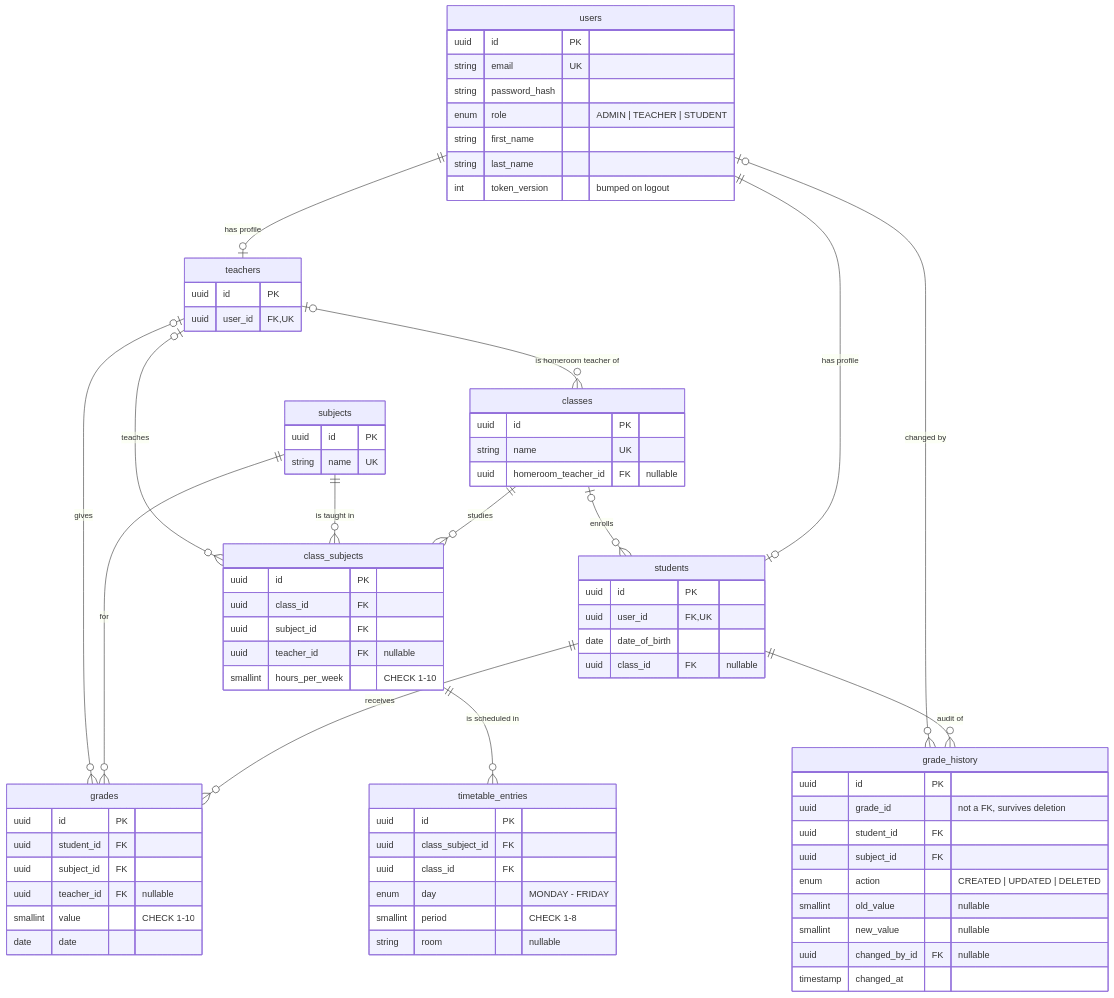
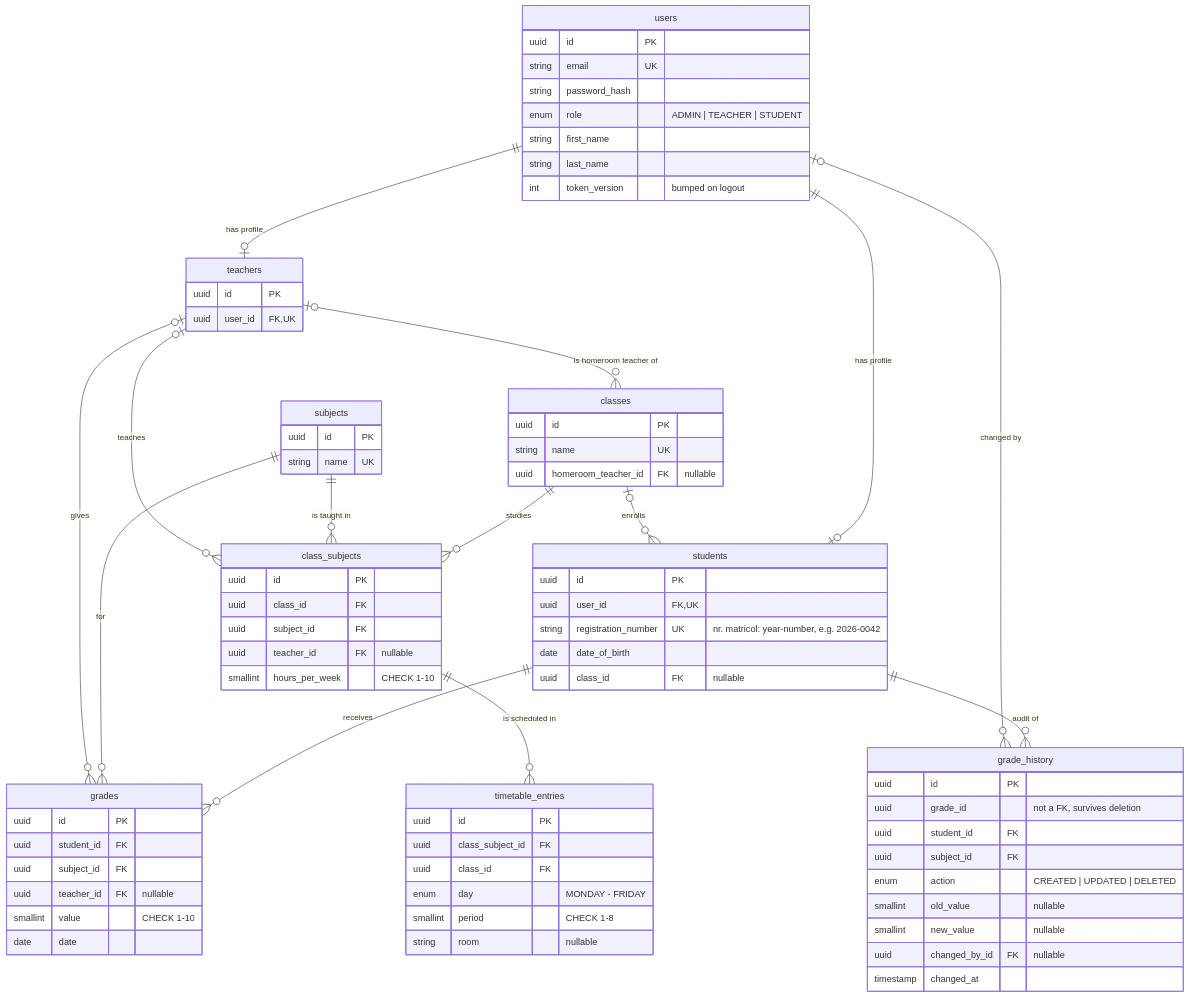
One commit to hutanstefan/SchoolManagementSystem changed the diagram in README.md. Above: the diagram before and after it, drawn with Mermaid. The commit also changed other lines of this file and 99 other files, not shown here.

````diff
--- a/README.md
+++ b/README.md
@@ -101,79 +101,80 @@
 ```mermaid
 erDiagram
     users ||--o| students : "has profile"
     users ||--o| teachers : "has profile"
     teachers |o--o{ classes : "is homeroom teacher of"
     classes |o--o{ students : "enrolls"
     classes ||--o{ class_subjects : "studies"
     subjects ||--o{ class_subjects : "is taught in"
     teachers |o--o{ class_subjects : "teaches"
     class_subjects ||--o{ timetable_entries : "is scheduled in"
     students ||--o{ grades : "receives"
     subjects ||--o{ grades : "for"
     teachers |o--o{ grades : "gives"
     students ||--o{ grade_history : "audit of"
     users |o--o{ grade_history : "changed by"
 
     users {
         uuid id PK
         string email UK
         string password_hash
         enum role "ADMIN | TEACHER | STUDENT"
         string first_name
         string last_name
         int token_version "bumped on logout"
     }
     students {
         uuid id PK
         uuid user_id FK,UK
+        string registration_number UK "nr. matricol: year-number, e.g. 2026-0042"
         date date_of_birth
         uuid class_id FK "nullable"
     }
     teachers {
         uuid id PK
         uuid user_id FK,UK
     }
     classes {
         uuid id PK
         string name UK
         uuid homeroom_teacher_id FK "nullable"
     }
     subjects {
         uuid id PK
         string name UK
     }
     class_subjects {
         uuid id PK
         uuid class_id FK
         uuid subject_id FK
         uuid teacher_id FK "nullable"
         smallint hours_per_week "CHECK 1-10"
     }
     timetable_entries {
         uuid id PK
         uuid class_subject_id FK
         uuid class_id FK
         enum day "MONDAY - FRIDAY"
         smallint period "CHECK 1-8"
         string room "nullable"
     }
     grades {
         uuid id PK
         uuid student_id FK
         uuid subject_id FK
         uuid teacher_id FK "nullable"
         smallint value "CHECK 1-10"
         date date
     }
     grade_history {
         uuid id PK
         uuid grade_id "not a FK, survives deletion"
         uuid student_id FK
         uuid subject_id FK
         enum action "CREATED | UPDATED | DELETED"
         smallint old_value "nullable"
         smallint new_value "nullable"
         uuid changed_by_id FK "nullable"
         timestamp changed_at
     }
 ```
````
